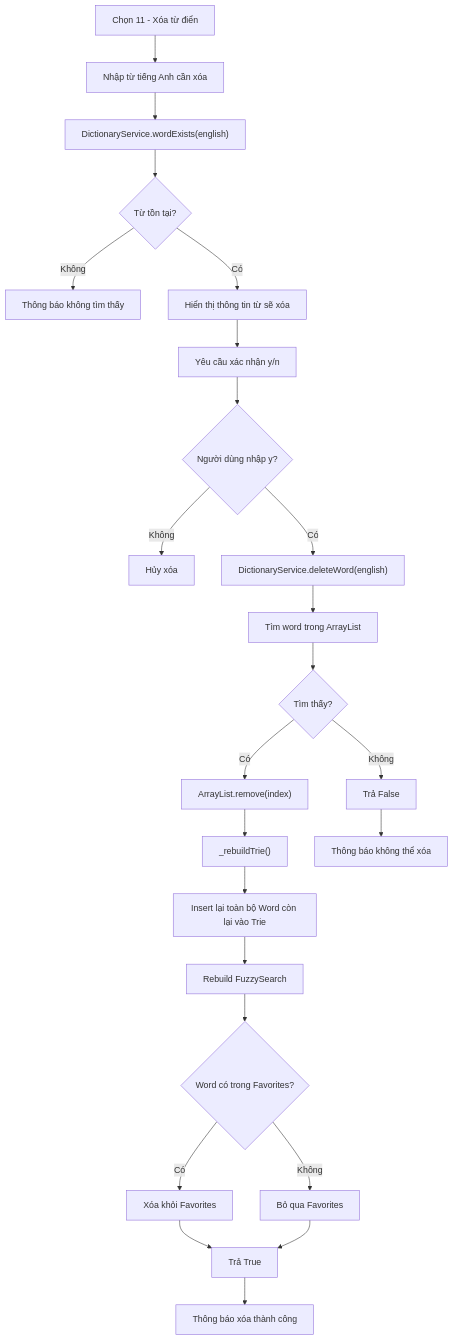
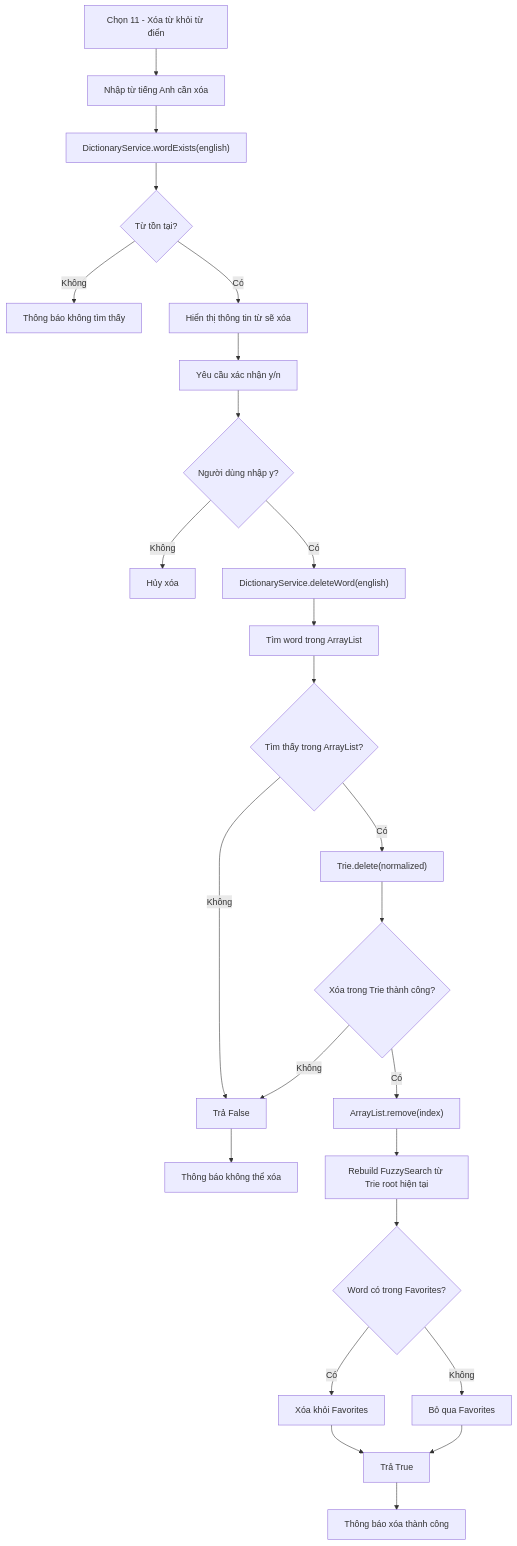
One commit to minKhanhs/Dictionary_English_Vietnamese changed diagram 12 of 19 in docs/triển-khai-chức-năng.md. Above: the diagram before and after it, drawn with Mermaid. The commit also changed other lines of this file and 13 other files, not shown here.

````diff
--- a/docs/triển-khai-chức-năng.md
+++ b/docs/triển-khai-chức-năng.md
@@ -298,26 +298,27 @@
 ```mermaid
 flowchart TD
-    A["Chọn 11 - Xóa từ điển"] --> B["Nhập từ tiếng Anh cần xóa"]
+    A["Chọn 11 - Xóa từ khỏi từ điển"] --> B["Nhập từ tiếng Anh cần xóa"]
     B --> C["DictionaryService.wordExists(english)"]
     C --> D{"Từ tồn tại?"}
     D -->|"Không"| E["Thông báo không tìm thấy"]
     D -->|"Có"| F["Hiển thị thông tin từ sẽ xóa"]
     F --> G["Yêu cầu xác nhận y/n"]
     G --> H{"Người dùng nhập y?"}
     H -->|"Không"| I["Hủy xóa"]
     H -->|"Có"| J["DictionaryService.deleteWord(english)"]
     J --> K["Tìm word trong ArrayList"]
-    K --> L{"Tìm thấy?"}
+    K --> L{"Tìm thấy trong ArrayList?"}
     L -->|"Không"| M["Trả False"]
-    L -->|"Có"| N["ArrayList.remove(index)"]
-    N --> O["_rebuildTrie()"]
-    O --> P["Insert lại toàn bộ Word còn lại vào Trie"]
-    P --> Q["Rebuild FuzzySearch"]
+    L -->|"Có"| N["Trie.delete(normalized)"]
+    N --> O{"Xóa trong Trie thành công?"}
+    O -->|"Không"| M
+    O -->|"Có"| P["ArrayList.remove(index)"]
+    P --> Q["Rebuild FuzzySearch từ Trie root hiện tại"]
     Q --> R{"Word có trong Favorites?"}
     R -->|"Có"| S["Xóa khỏi Favorites"]
     R -->|"Không"| T["Bỏ qua Favorites"]
     S --> U["Trả True"]
     T --> U
     U --> V["Thông báo xóa thành công"]
     M --> W["Thông báo không thể xóa"]
 ```
````
